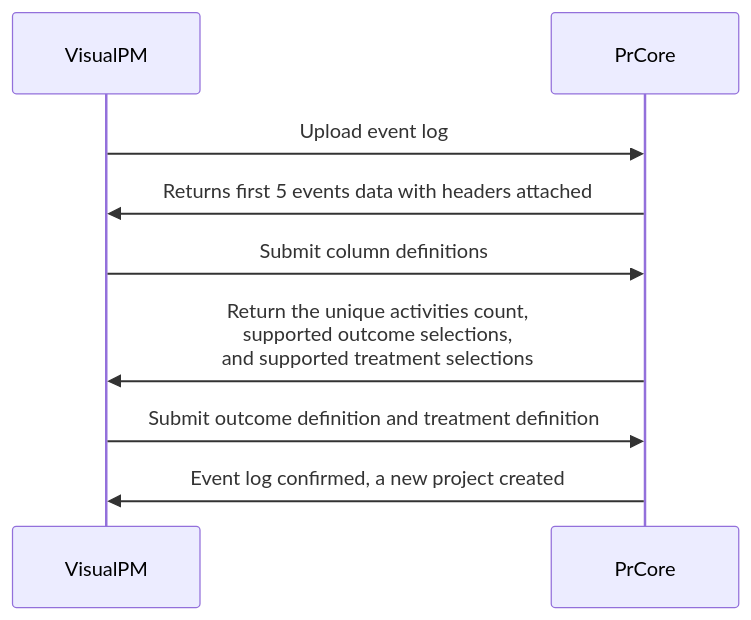
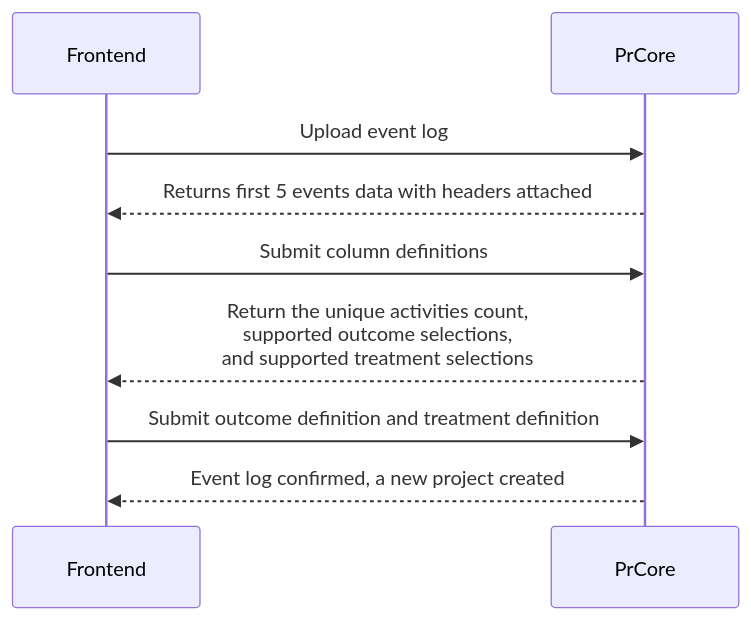
The diagram in content/workflow/upload-event-log/_index.md (prcore/docs), drawn with Mermaid before and after one commit. The commit also changed other lines of this file and 70 other files, not shown here.

```diff
--- a/content/workflow/upload-event-log/_index.md
+++ b/content/workflow/upload-event-log/_index.md
@@ -11,9 +11,9 @@
 {{< mermaid class="text-center" >}}
 sequenceDiagram
-    VisualPM->>PrCore: Upload event log
-    PrCore->>VisualPM: Returns first 5 events data with headers attached
-    VisualPM->>PrCore: Submit column definitions
-    PrCore->>VisualPM: Return the unique activities count, <br>supported outcome selections, <br>and supported treatment selections
-    VisualPM->>PrCore: Submit outcome definition and treatment definition
-    PrCore->>VisualPM: Event log confirmed, a new project created
+    Frontend->>PrCore: Upload event log
+    PrCore-->>Frontend: Returns first 5 events data with headers attached
+    Frontend->>PrCore: Submit column definitions
+    PrCore-->>Frontend: Return the unique activities count, <br>supported outcome selections, <br>and supported treatment selections
+    Frontend->>PrCore: Submit outcome definition and treatment definition
+    PrCore-->>Frontend: Event log confirmed, a new project created
 {{< /mermaid >}}
```
